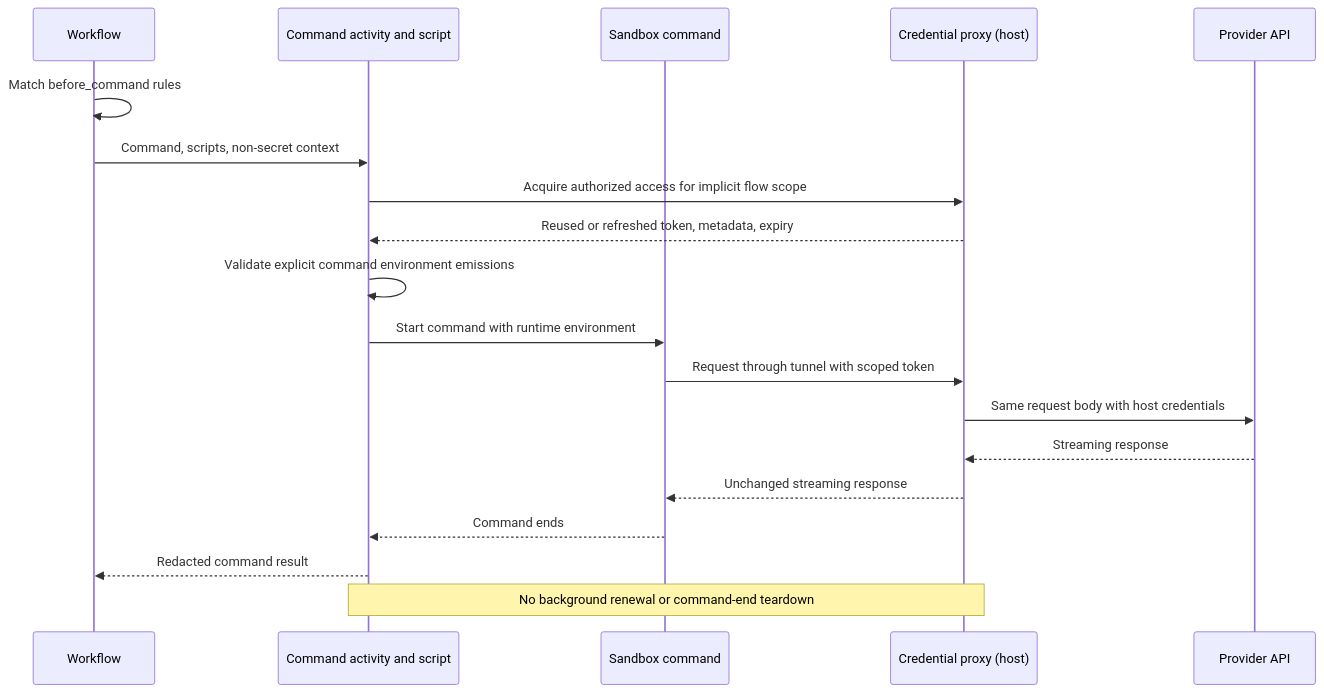
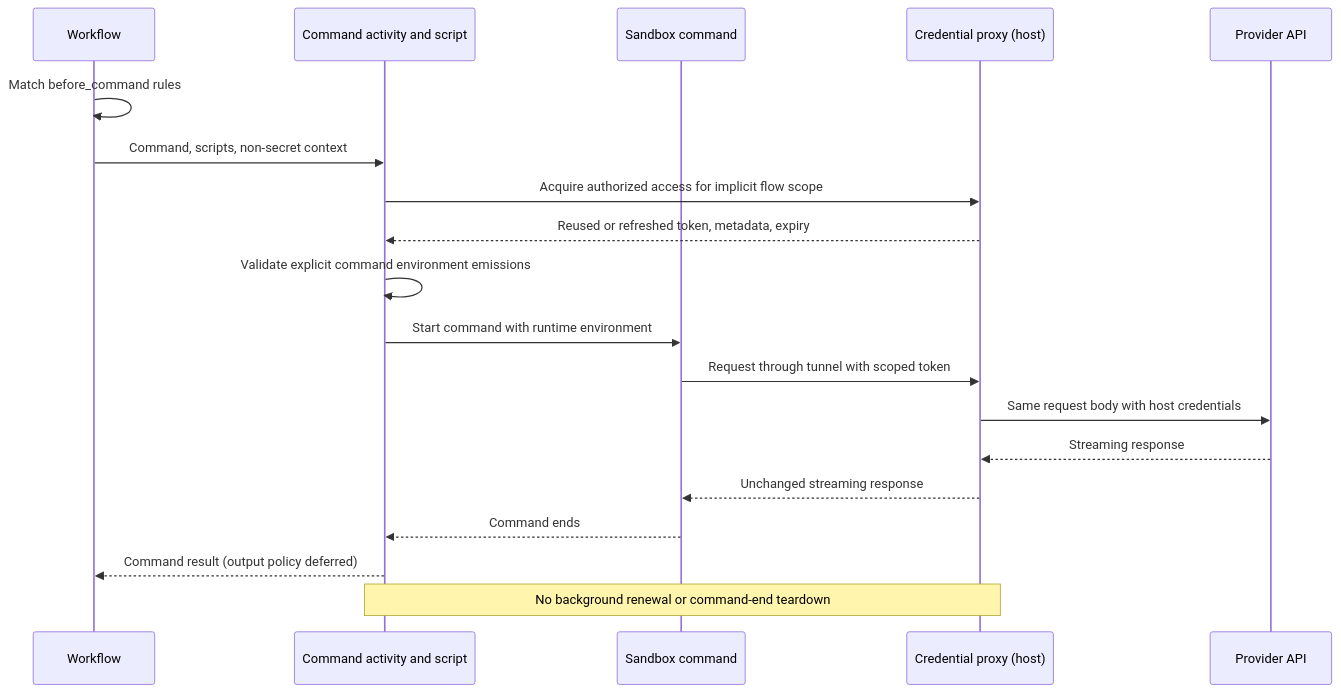
One commit to sidedotdev/sidekick changed the diagram in intent/.generated/credential_proxy.md. Above: the diagram before and after it, drawn with Mermaid. The commit also changed other lines of this file and 21 other files, not shown here.

````diff
--- a/intent/.generated/credential_proxy.md
+++ b/intent/.generated/credential_proxy.md
@@ -178,22 +174,22 @@
 ```mermaid
 sequenceDiagram
     participant Workflow
     participant Activity as Command activity and script
     participant Sandbox as Sandbox command
     participant Proxy as Credential proxy (host)
     participant Provider as Provider API
 
     Workflow->>Workflow: Match before_command rules
     Workflow->>Activity: Command, scripts, non-secret context
     Activity->>Proxy: Acquire authorized access for implicit flow scope
     Proxy-->>Activity: Reused or refreshed token, metadata, expiry
     Activity->>Activity: Validate explicit command environment emissions
     Activity->>Sandbox: Start command with runtime environment
     Sandbox->>Proxy: Request through tunnel with scoped token
     Proxy->>Provider: Same request body with host credentials
     Provider-->>Proxy: Streaming response
     Proxy-->>Sandbox: Unchanged streaming response
     Sandbox-->>Activity: Command ends
-    Activity-->>Workflow: Redacted command result
+    Activity-->>Workflow: Command result (output policy deferred)
     Note over Activity,Proxy: No background renewal or command-end teardown
 ```
````
